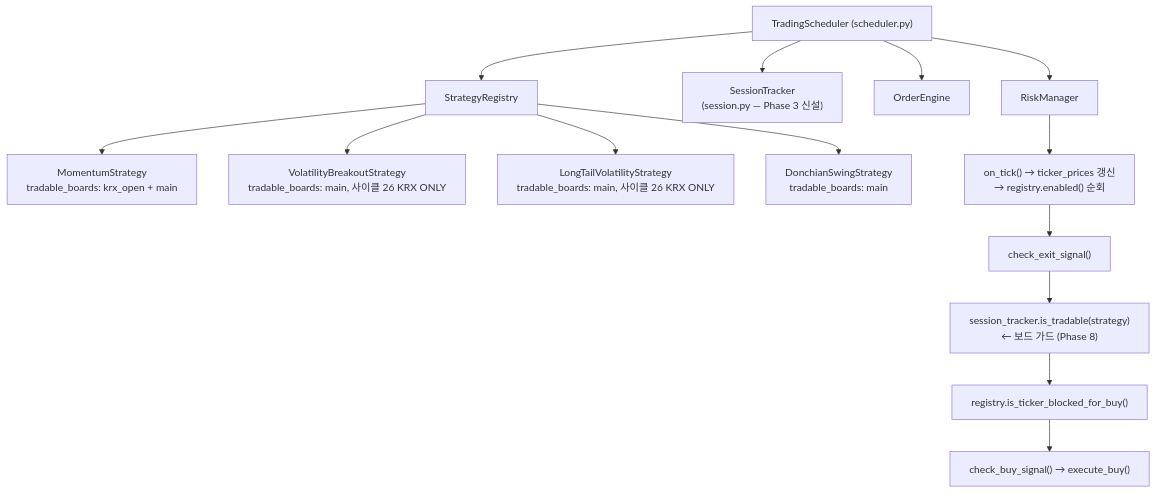
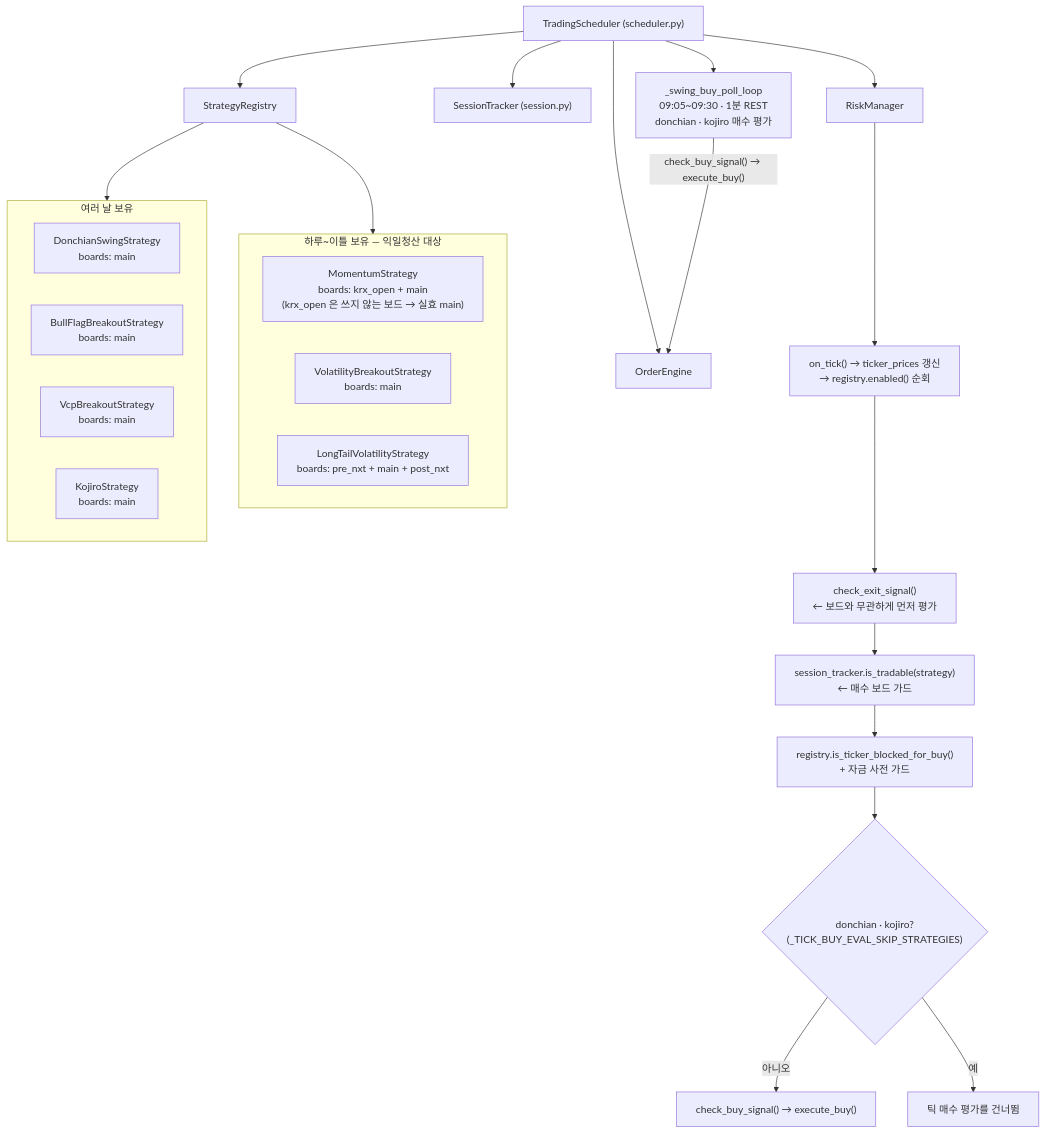
One commit to canduk910/auto_stock changed the fifth of 25 diagrams in docs/architecture.md. Above: the diagram before and after it, drawn with Mermaid. The commit also changed other lines of this file and 4 other files, not shown here.

First line of the commit message:
docs: architecture.md 를 7전략 전체로 확대(§4 엔진 그림·멤버 표, §8 매수 신호 흐름 8.3~8.7) + Mermaid 때 찾은 불일치 정리(컨테이너 3개·배포 모드·README kojiro·깨진 앵커) + param_drift.py 모듈 맵 + cycle363 행 정정 부기

````diff
--- a/docs/architecture.md
+++ b/docs/architecture.md
@@ -198,24 +212,39 @@
 ```mermaid
 %%{init: {"flowchart": {"wrappingWidth": 360}}}%%
 flowchart TD
     TS["TradingScheduler (scheduler.py)"]
     REG["StrategyRegistry"]
-    ST["SessionTracker<br/>(session.py — Phase 3 신설)"]
+    ST["SessionTracker (session.py)"]
     OE["OrderEngine"]
     RM["RiskManager"]
     TS --> REG
     TS --> ST
     TS --> OE
     TS --> RM
 
-    REG --> MOM["MomentumStrategy<br/>tradable_boards: krx_open + main"]
-    REG --> VB["VolatilityBreakoutStrategy<br/>tradable_boards: main, 사이클 26 KRX ONLY"]
-    REG --> LTV["LongTailVolatilityStrategy<br/>tradable_boards: main, 사이클 26 KRX ONLY"]
-    REG --> DON["DonchianSwingStrategy<br/>tradable_boards: main"]
+    subgraph SHORT["하루~이틀 보유 — 익일청산 대상"]
+        direction LR
+        MOM["MomentumStrategy<br/>boards: krx_open + main<br/>(krx_open 은 쓰지 않는 보드 → 실효 main)"]
+        VB["VolatilityBreakoutStrategy<br/>boards: main"]
+        LTV["LongTailVolatilityStrategy<br/>boards: pre_nxt + main + post_nxt"]
+    end
+    subgraph MULTI["여러 날 보유"]
+        direction LR
+        DON["DonchianSwingStrategy<br/>boards: main"]
+        BFB["BullFlagBreakoutStrategy<br/>boards: main"]
+        VCP["VcpBreakoutStrategy<br/>boards: main"]
+        KJ["KojiroStrategy<br/>boards: main"]
+    end
+    REG --> SHORT
+    REG --> MULTI
 
     RM --> R1["on_tick() → ticker_prices 갱신<br/>→ registry.enabled() 순회"]
-    R1 --> R2["check_exit_signal()"]
-    R2 --> R3["session_tracker.is_tradable(strategy)<br/>← 보드 가드 (Phase 8)"]
-    R3 --> R4["registry.is_ticker_blocked_for_buy()"]
-    R4 --> R5["check_buy_signal() → execute_buy()"]
+    R1 --> R2["check_exit_signal()<br/>← 보드와 무관하게 먼저 평가"]
+    R2 --> R3["session_tracker.is_tradable(strategy)<br/>← 매수 보드 가드"]
+    R3 --> R4["registry.is_ticker_blocked_for_buy()<br/>+ 자금 사전 가드"]
+    R4 --> R5{"donchian · kojiro?<br/>(_TICK_BUY_EVAL_SKIP_STRATEGIES)"}
+    R5 -->|"아니오"| R6["check_buy_signal() → execute_buy()"]
+    R5 -->|"예"| R7["틱 매수 평가를 건너뜀"]
+    TS --> POLL["_swing_buy_poll_loop<br/>09:05~09:30 · 1분 REST<br/>donchian · kojiro 매수 평가"]
+    POLL -->|"check_buy_signal() → execute_buy()"| OE
 ```
````
